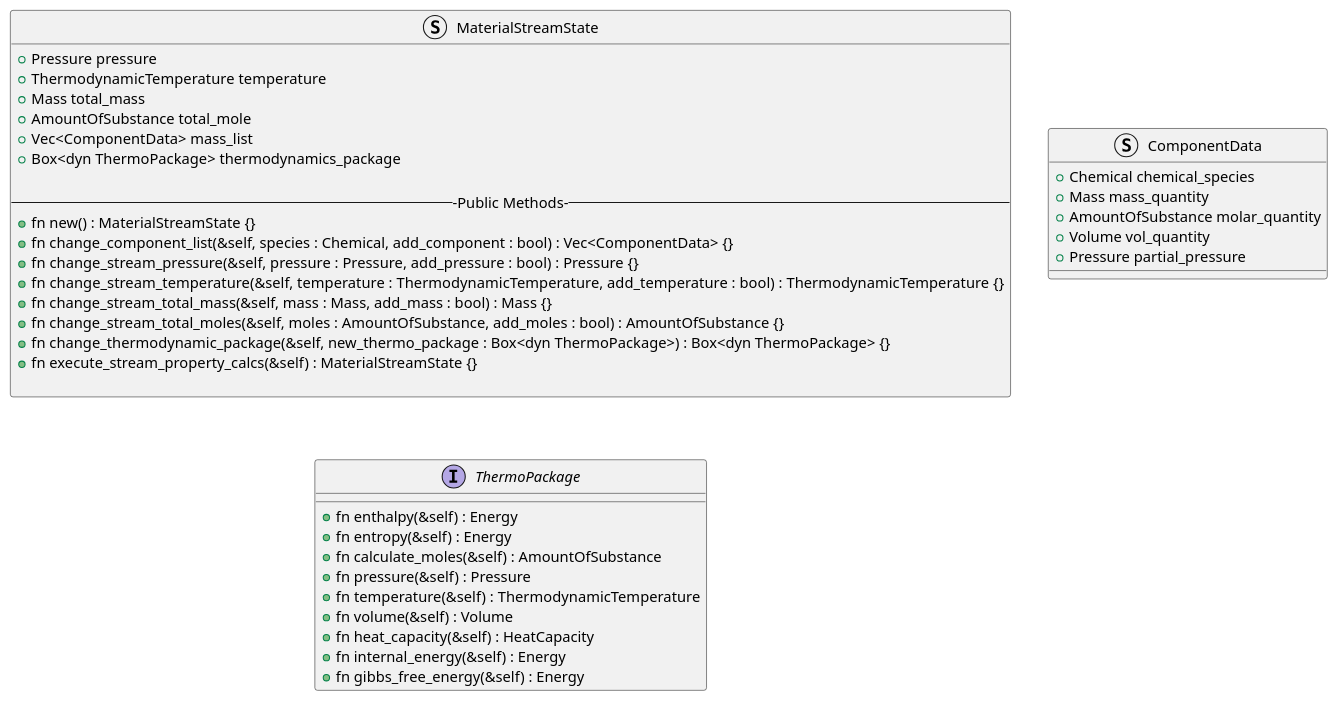
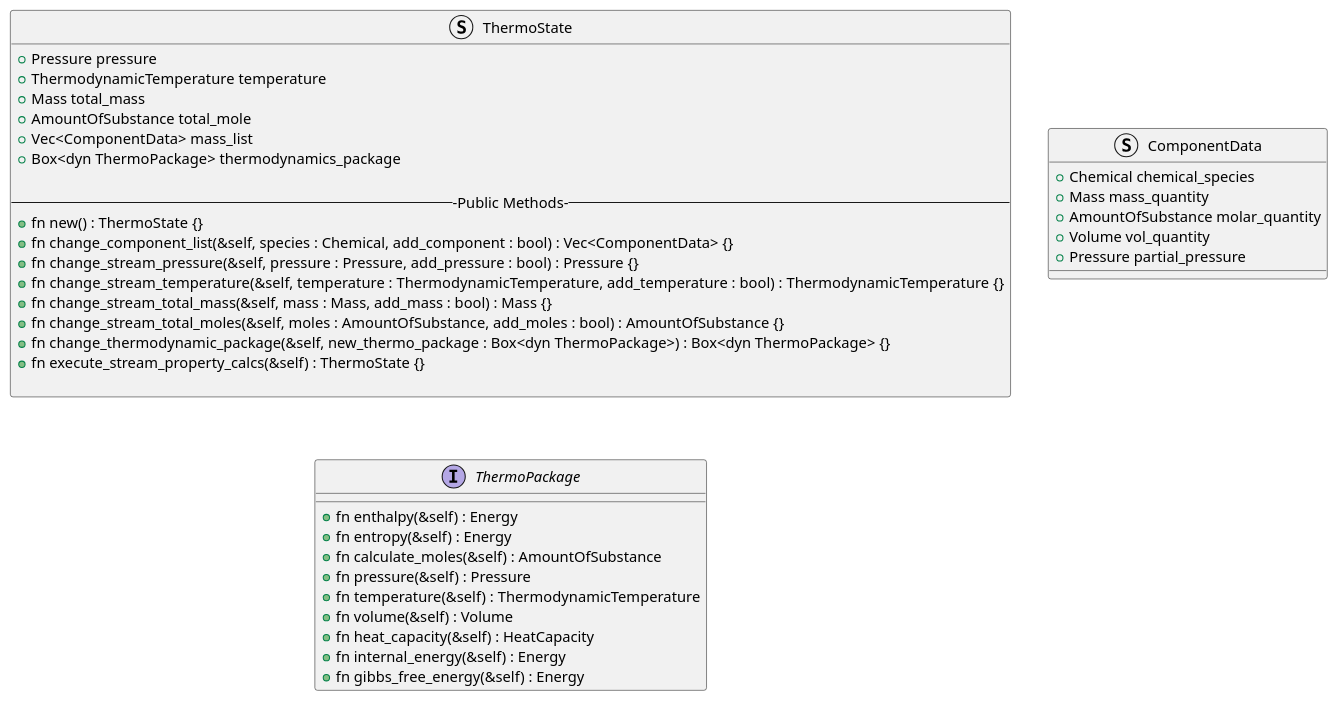
Before and after one commit to OSCPS-Project/OSCPS-UML: the diagram in thermo-module/thermodynamics-module.puml, drawn with PlantUML. The commit also changed 1 other file, not shown here.

```diff
--- a/thermo-module/thermodynamics-module.puml
+++ b/thermo-module/thermodynamics-module.puml
@@ -1,45 +1,45 @@
 @startuml thermodynamics_module_class_diagram
 
-Struct MaterialStreamState {
+Struct ThermoState {
   + Pressure pressure
   + ThermodynamicTemperature temperature
   + Mass total_mass
   + AmountOfSubstance total_mole
   + Vec<ComponentData> mass_list
   + Box<dyn ThermoPackage> thermodynamics_package
 
   ---Public Methods---
-  + fn new() : MaterialStreamState {}
+  + fn new() : ThermoState {}
   + fn change_component_list(&self, species : Chemical, add_component : bool) : Vec<ComponentData> {}
   + fn change_stream_pressure(&self, pressure : Pressure, add_pressure : bool) : Pressure {}
   + fn change_stream_temperature(&self, temperature : ThermodynamicTemperature, add_temperature : bool) : ThermodynamicTemperature {}
   + fn change_stream_total_mass(&self, mass : Mass, add_mass : bool) : Mass {}
   + fn change_stream_total_moles(&self, moles : AmountOfSubstance, add_moles : bool) : AmountOfSubstance {}
   + fn change_thermodynamic_package(&self, new_thermo_package : Box<dyn ThermoPackage>) : Box<dyn ThermoPackage> {}
-  + fn execute_stream_property_calcs(&self) : MaterialStreamState {}
+  + fn execute_stream_property_calcs(&self) : ThermoState {}
 
 }
 
 Struct ComponentData {
   + Chemical chemical_species
   + Mass mass_quantity
   + AmountOfSubstance molar_quantity
   + Volume vol_quantity
   + Pressure partial_pressure
 }
 
 Interface ThermoPackage {
     + fn enthalpy(&self) : Energy
     + fn entropy(&self) : Energy
     + fn calculate_moles(&self) : AmountOfSubstance
     + fn pressure(&self) : Pressure
     + fn temperature(&self) : ThermodynamicTemperature
     + fn volume(&self) : Volume
     + fn heat_capacity(&self) : HeatCapacity
     + fn internal_energy(&self) : Energy
     + fn gibbs_free_energy(&self) : Energy
 }
 
 
 
 @enduml
```
